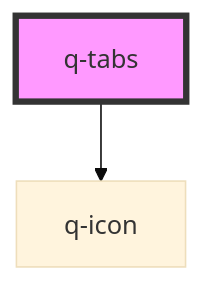
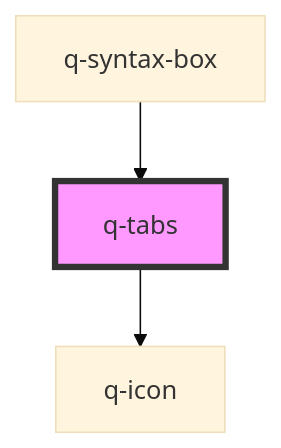
One commit to XsAndre-L/WebQuark changed the diagram in src/browser/components/layout/tabs/readme.md. Above: the diagram before and after it, drawn with Mermaid (base theme). The commit also changed other lines of this file and 67 other files, not shown here.

Commit message:
Syntax Box Cleanup & property display updates

````diff
--- a/src/browser/components/layout/tabs/readme.md
+++ b/src/browser/components/layout/tabs/readme.md
@@ -71,5 +75,6 @@
 ```mermaid
 graph TD;
   q-tabs --> q-icon
+  q-syntax-box --> q-tabs
   style q-tabs fill:#f9f,stroke:#333,stroke-width:4px
 ```
````
